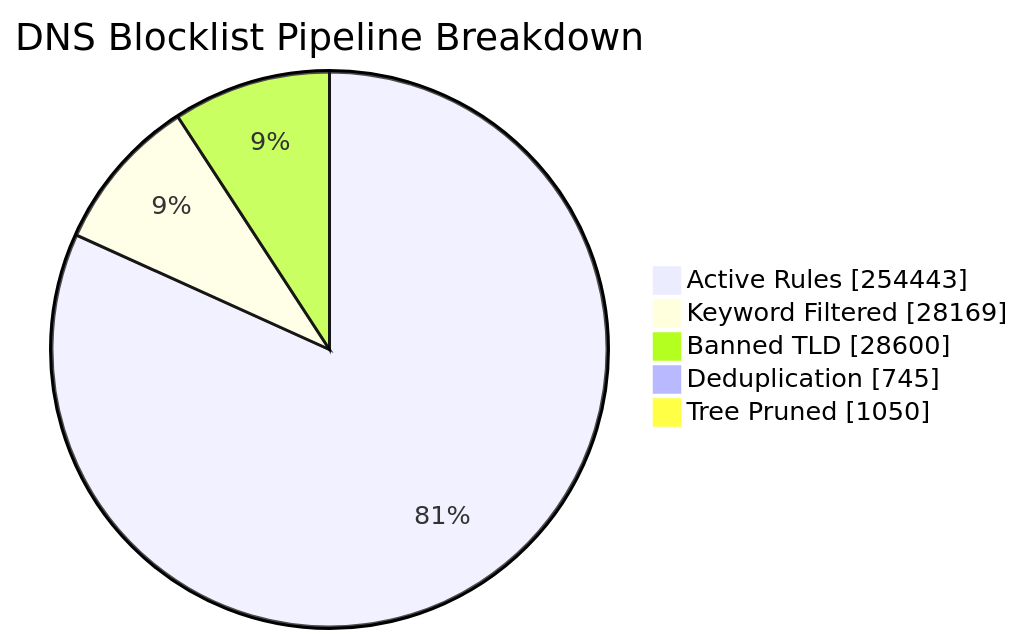
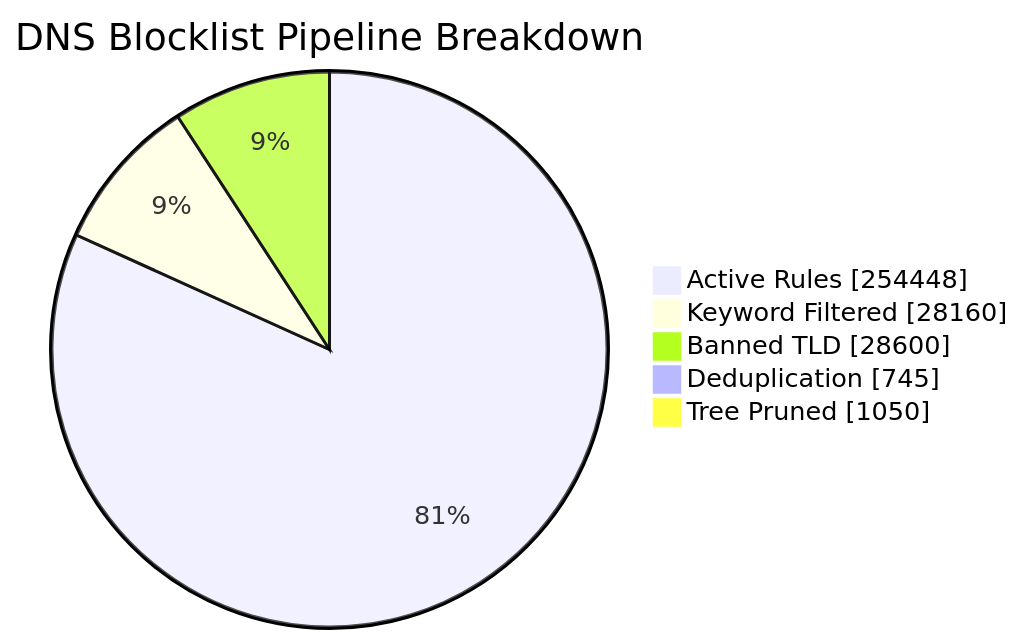
The first of 6 diagrams in README_STATS.md (brojangles24/Cloudflare-ZeroTrust-AdBlock), drawn with Mermaid before and after one commit. The commit also changed other lines of this file and 1 other file, not shown here.

````diff
--- a/README_STATS.md
+++ b/README_STATS.md
@@ -41,8 +41,8 @@
 ```mermaid
 pie showData title DNS Blocklist Pipeline Breakdown
-    "Active Rules"     : 254443
-    "Keyword Filtered" : 28169
+    "Active Rules"     : 254448
+    "Keyword Filtered" : 28160
     "Banned TLD"       : 28600
     "Deduplication"    : 745
     "Tree Pruned"      : 1050
 ```
````
